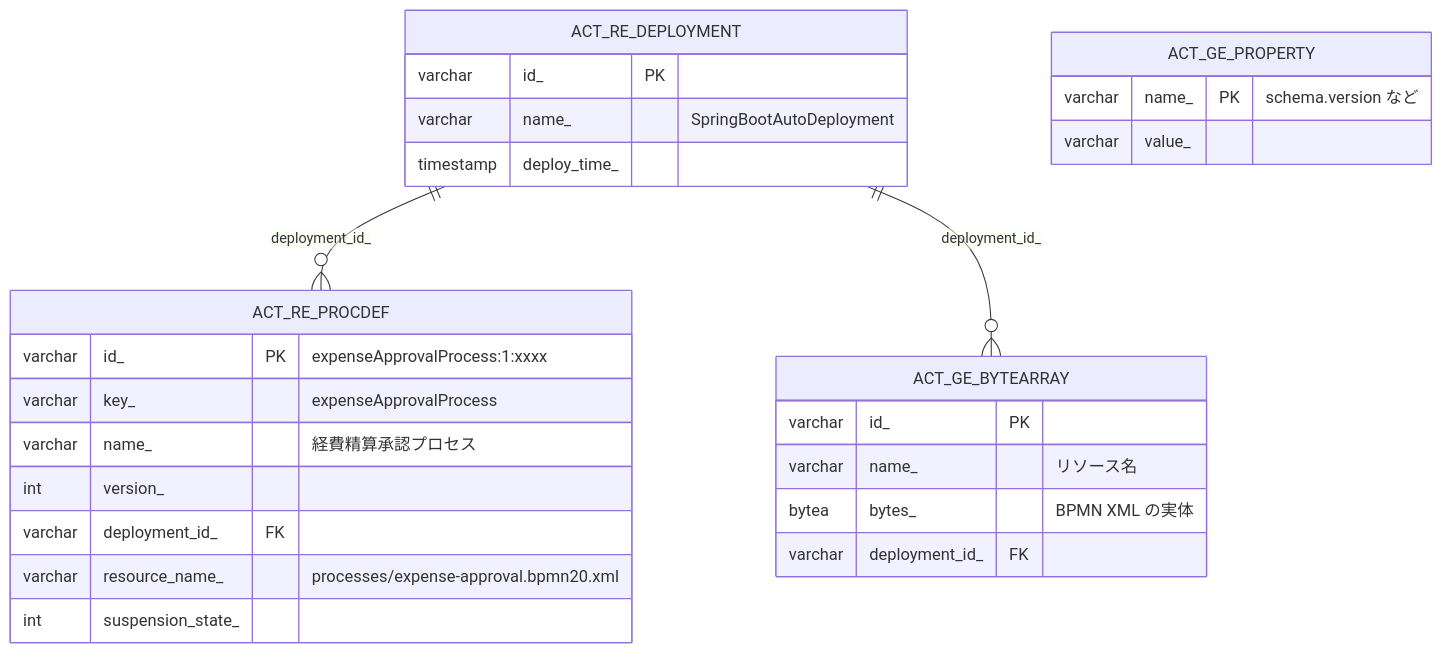
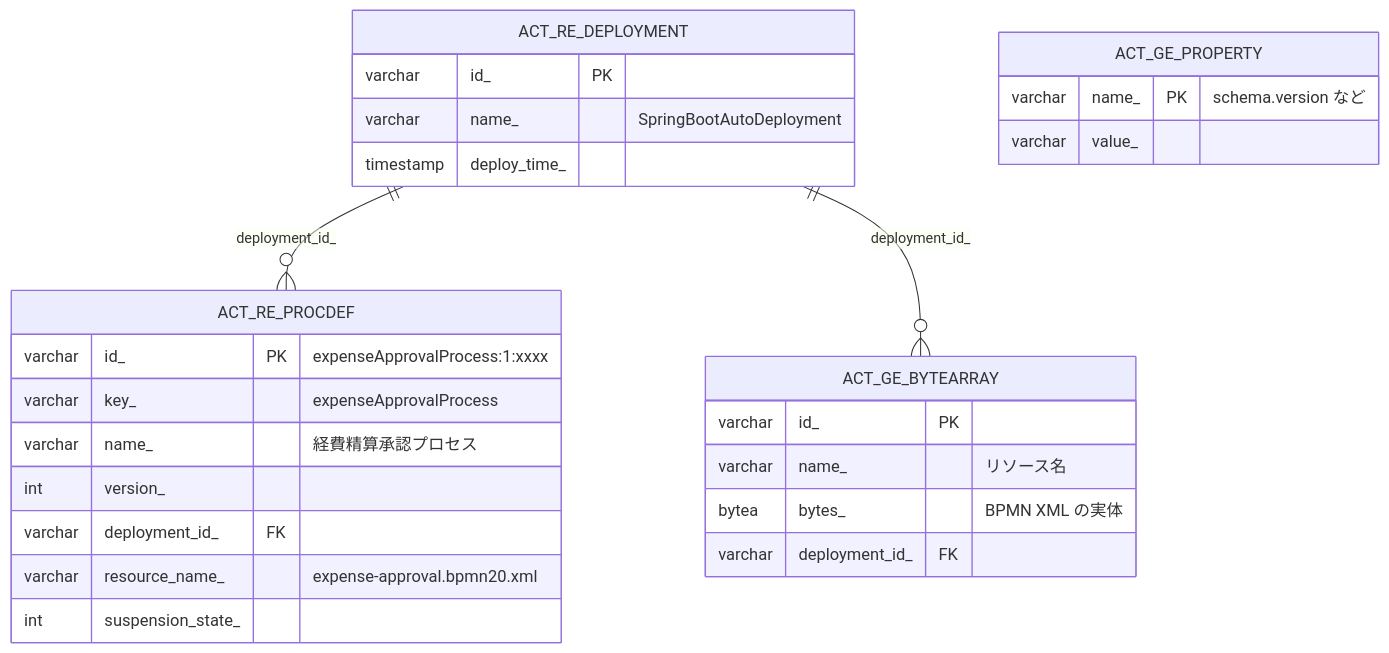
The first of 3 diagrams in docs/er-diagram.md (gekal-study-spring/spring-boot-flowable-approval-sample), drawn with Mermaid before and after one commit. The commit also changed other lines of this file and 2 other files, not shown here.

````diff
--- a/docs/er-diagram.md
+++ b/docs/er-diagram.md
@@ -18,30 +20,30 @@
 ```mermaid
 erDiagram
     ACT_RE_DEPLOYMENT ||--o{ ACT_RE_PROCDEF : "deployment_id_"
     ACT_RE_DEPLOYMENT ||--o{ ACT_GE_BYTEARRAY : "deployment_id_"
 
     ACT_RE_DEPLOYMENT {
         varchar id_ PK
         varchar name_ "SpringBootAutoDeployment"
         timestamp deploy_time_
     }
     ACT_RE_PROCDEF {
         varchar id_ PK "expenseApprovalProcess:1:xxxx"
         varchar key_ "expenseApprovalProcess"
         varchar name_ "経費精算承認プロセス"
         int version_
         varchar deployment_id_ FK
-        varchar resource_name_ "processes/expense-approval.bpmn20.xml"
+        varchar resource_name_ "expense-approval.bpmn20.xml"
         int suspension_state_
     }
     ACT_GE_BYTEARRAY {
         varchar id_ PK
         varchar name_ "リソース名"
         bytea bytes_ "BPMN XML の実体"
         varchar deployment_id_ FK
     }
     ACT_GE_PROPERTY {
         varchar name_ PK "schema.version など"
         varchar value_
     }
 ```
````
